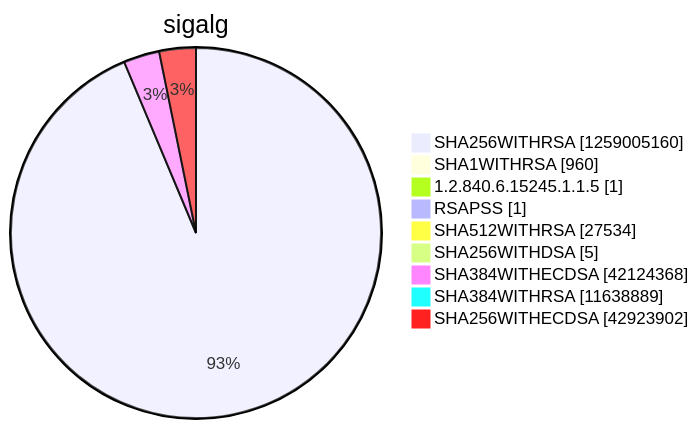
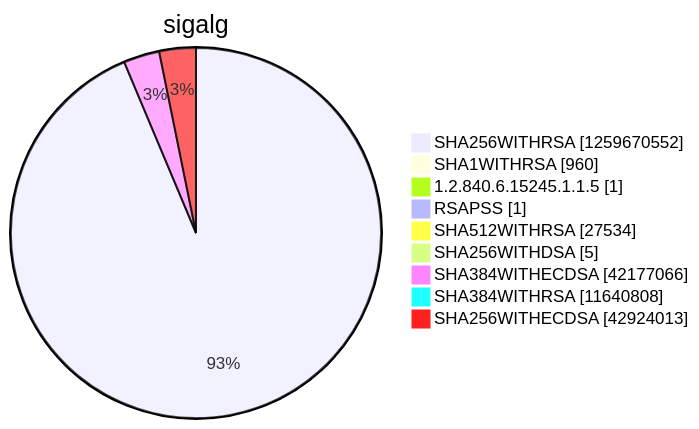
Diagram 15 of 15 in argon2022/README.md (christiankrug/ctmonitor_visualization), drawn with Mermaid before and after one commit. The commit also changed other lines of this file, not shown here.

````diff
--- a/argon2022/README.md
+++ b/argon2022/README.md
@@ -5522,13 +5522,13 @@
 ```mermaid
 pie showData
 title sigalg
-"SHA256WITHRSA" :1259005160
+"SHA256WITHRSA" :1259670552
 "SHA1WITHRSA" :960
 "1.2.840.6.15245.1.1.5" :1
 "RSAPSS" :1
 "SHA512WITHRSA" :27534
 "SHA256WITHDSA" :5
-"SHA384WITHECDSA" :42124368
-"SHA384WITHRSA" :11638889
-"SHA256WITHECDSA" :42923902
+"SHA384WITHECDSA" :42177066
+"SHA384WITHRSA" :11640808
+"SHA256WITHECDSA" :42924013
 ```
````
